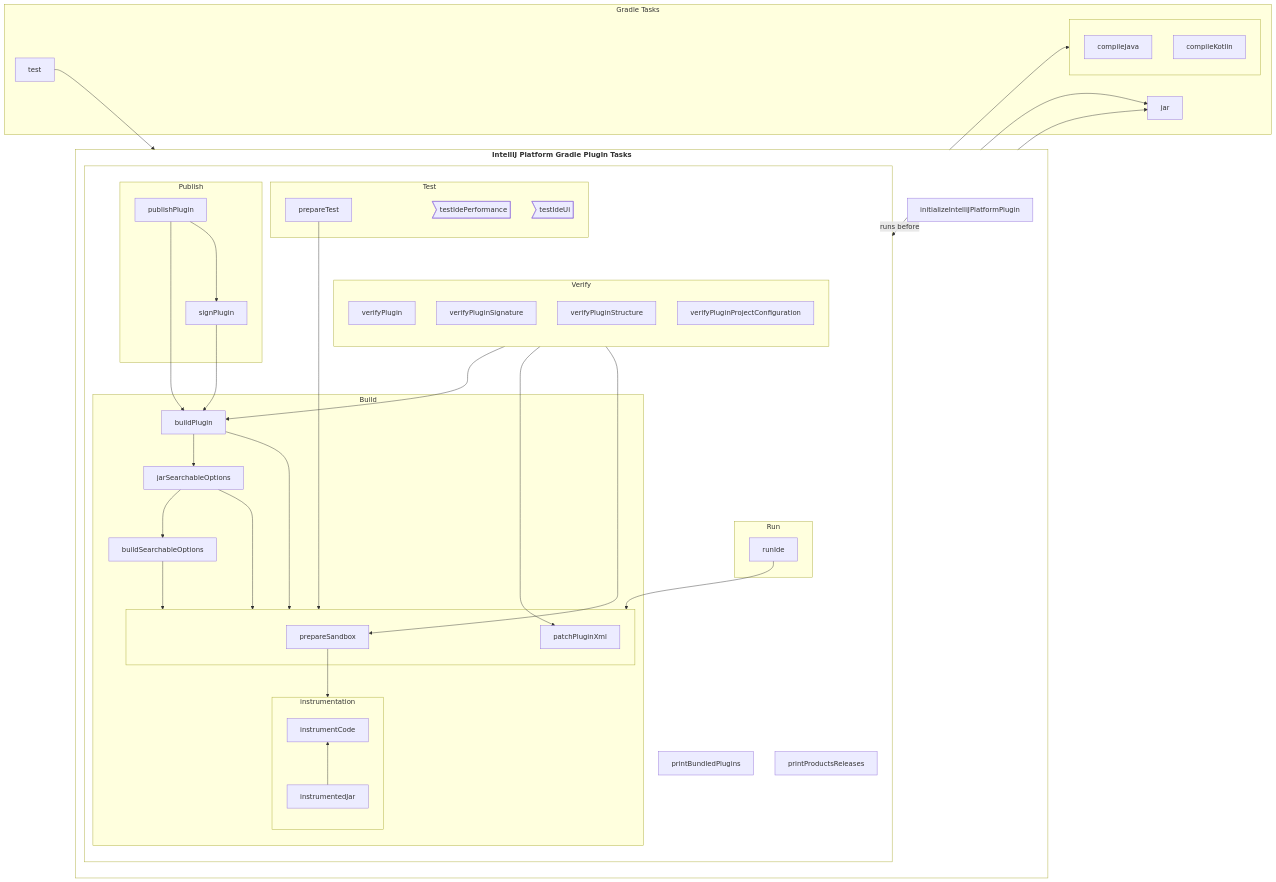
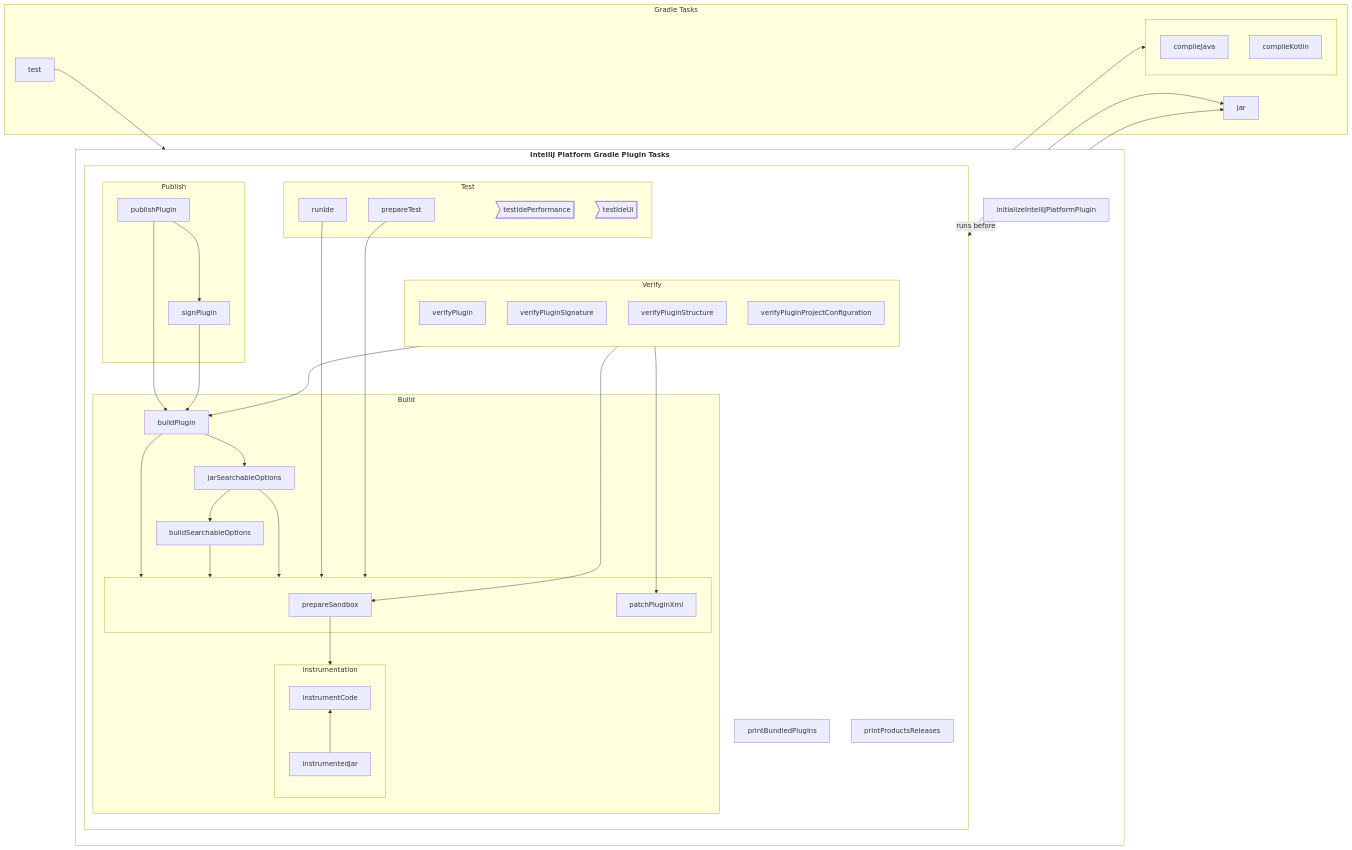
One commit to JetBrains/intellij-sdk-docs changed the diagram in topics/appendix/tools/intellij_platform_gradle_plugin/tools_intellij_platform_gradle_plugin_tasks.md. Above: the diagram before and after it, drawn with Mermaid. The commit also changed other lines of this file and 6 other files, not shown here.

```diff
--- a/topics/appendix/tools/intellij_platform_gradle_plugin/tools_intellij_platform_gradle_plugin_tasks.md
+++ b/topics/appendix/tools/intellij_platform_gradle_plugin/tools_intellij_platform_gradle_plugin_tasks.md
@@ -42,21 +42,16 @@
                 end
             end
 
-            subgraph RUN ["Run"]
-                runIde
-            end
-
-
             subgraph PUBLISH ["Publish"]
                 publishPlugin
                 signPlugin
             end
 
             subgraph TEST ["Test"]
+                runIde
                 prepareTest
                 testIdePerformance>testIdePerformance]
                 testIdeUi>testIdeUi]
-
             end
 
             subgraph VERIFY ["Verify"]
```
